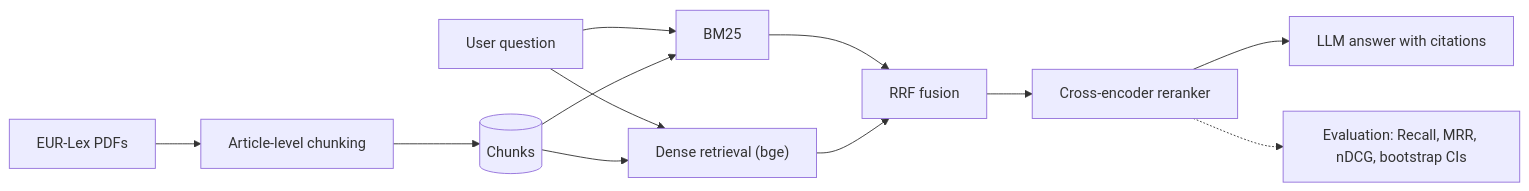
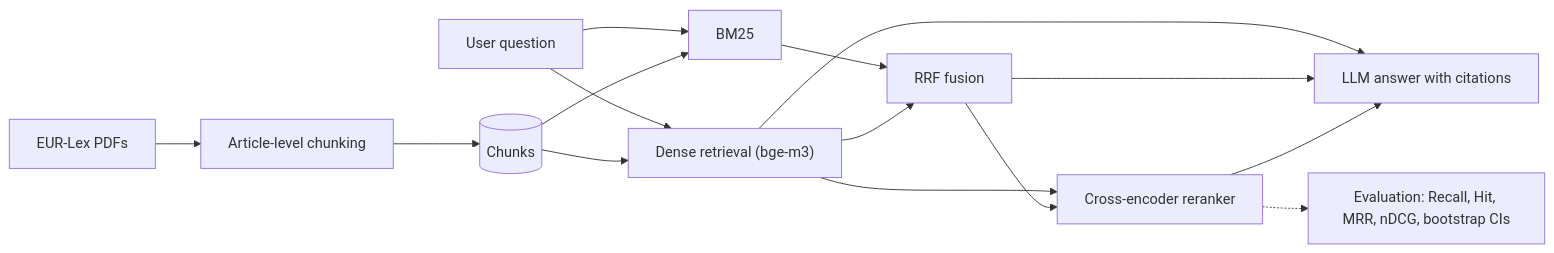
One commit to sekaz06/rag-eu-ai-act changed the diagram in README.md. Above: the diagram before and after it, drawn with Mermaid. The commit also changed other lines of this file and 2 other files, not shown here.

Commit message:
Add dense_rerank config and first retrieval benchmark results

````diff
--- a/README.md
+++ b/README.md
@@ -14,14 +18,17 @@
 ```mermaid
 flowchart LR
     A["EUR-Lex PDFs"] --> B["Article-level chunking"]
     B --> C[("Chunks")]
     Q["User question"] --> D["BM25"]
-    Q --> E["Dense retrieval (bge)"]
+    Q --> E["Dense retrieval (bge-m3)"]
     C --> D
     C --> E
     D --> F["RRF fusion"]
     E --> F
-    F --> G["Cross-encoder reranker"]
-    G --> H["LLM answer with citations"]
-    G -.-> I["Evaluation: Recall, MRR, nDCG, bootstrap CIs"]
+    E --> G["Cross-encoder reranker"]
+    F --> G
+    E --> H["LLM answer with citations"]
+    F --> H
+    G --> H
+    G -.-> I["Evaluation: Recall, Hit, MRR, nDCG, bootstrap CIs"]
 ```
````
